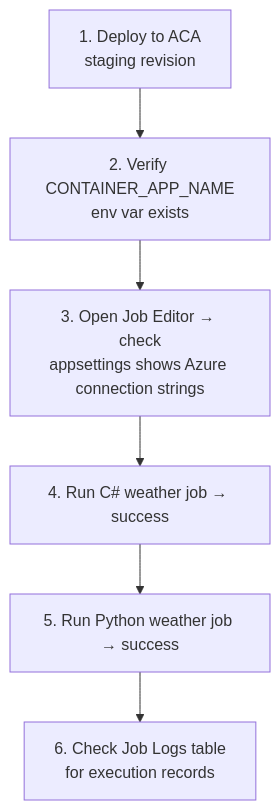
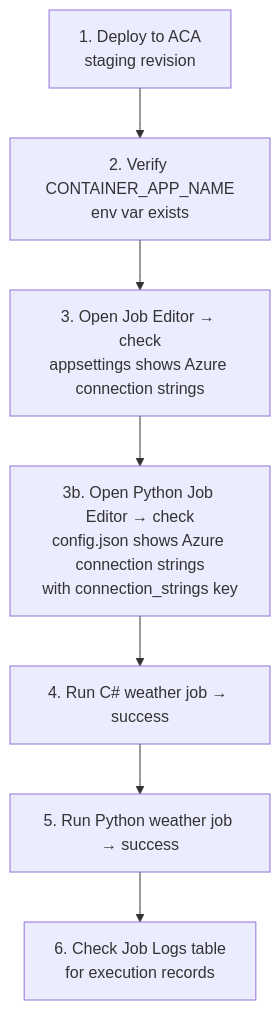
The ninth of 9 diagrams in docs/AzureContainerAppsRuntimeFixesPlan.md (Blazor-Data-Orchestrator/BlazorDataOrchestrator), drawn with Mermaid before and after one commit. The commit also changed other lines of this file, not shown here.

First line of the commit message:
Expand Azure config plan to support Python jobs

````diff
--- a/docs/AzureContainerAppsRuntimeFixesPlan.md
+++ b/docs/AzureContainerAppsRuntimeFixesPlan.md
@@ -976,8 +1108,9 @@
 ```mermaid
 flowchart TD
     A["1. Deploy to ACA<br/>staging revision"] --> B["2. Verify CONTAINER_APP_NAME<br/>env var exists"]
     B --> C["3. Open Job Editor → check<br/>appsettings shows Azure connection strings"]
-    C --> D["4. Run C# weather job → success"]
+    C --> C2["3b. Open Python Job Editor → check<br/>config.json shows Azure connection strings<br/>with connection_strings key"]
+    C2 --> D["4. Run C# weather job → success"]
     D --> E["5. Run Python weather job → success"]
     E --> F["6. Check Job Logs table<br/>for execution records"]
 ```
````
